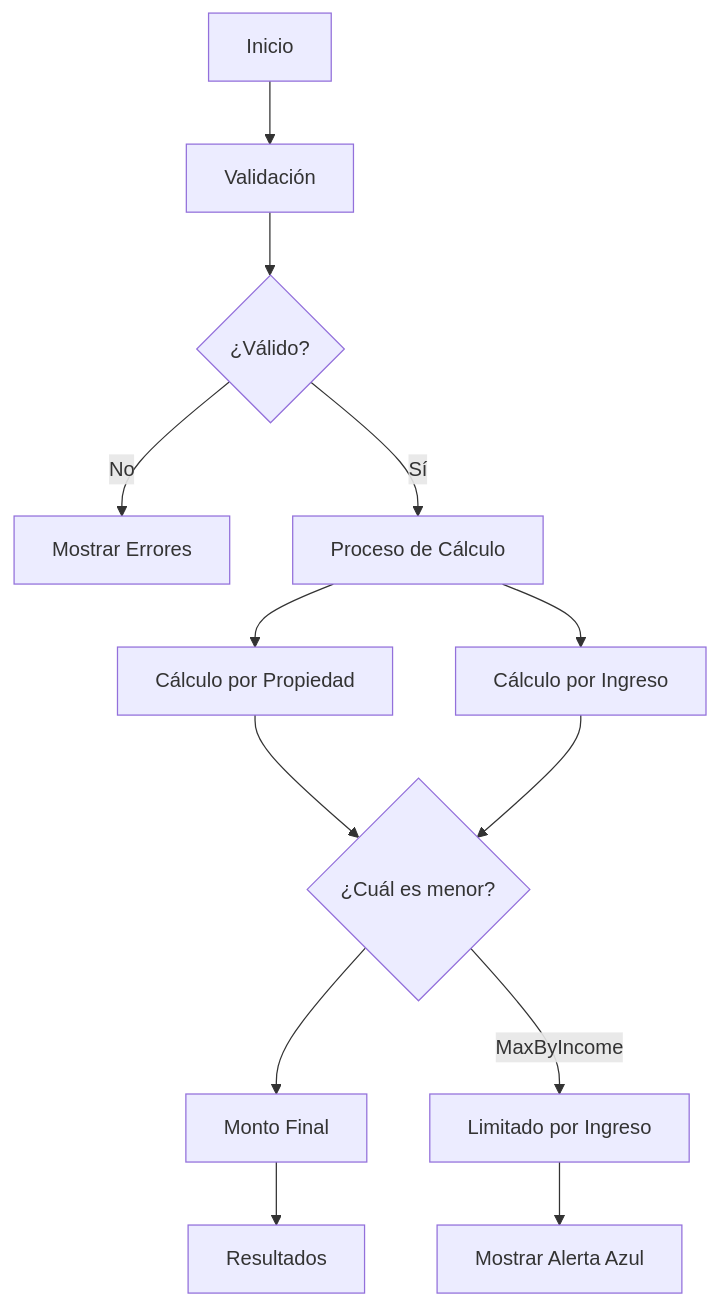
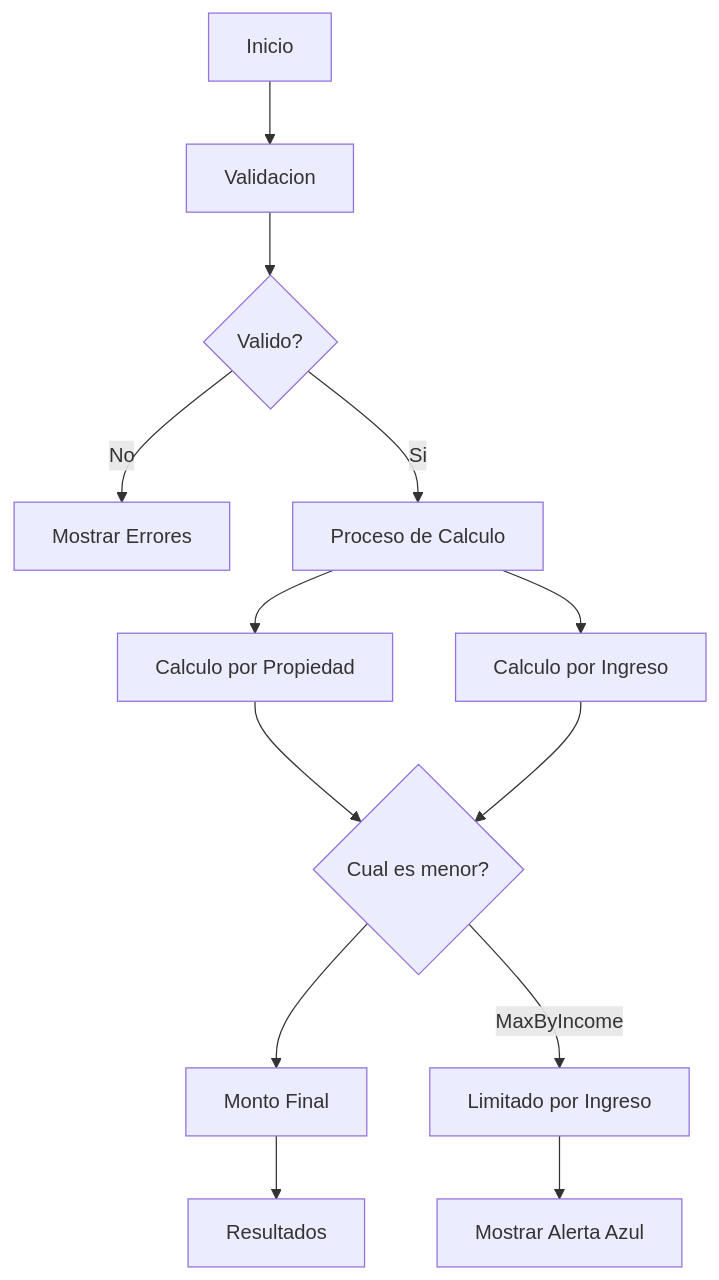
Before and after one commit to santiagoblanco22/calculator_dayana: diagram 13 of 15 in diagrams/validations.md, drawn with Mermaid. The commit also changed other lines of this file and 3 other files, not shown here.

````diff
--- a/diagrams/validations.md
+++ b/diagrams/validations.md
@@ -296,17 +296,17 @@
 ```mermaid
 flowchart TD
-    Start[Inicio] --> Validation[Validación]
-    Validation --> IsValid{¿Válido?}
+    Start[Inicio] --> Validation[Validacion]
+    Validation --> IsValid{Valido?}
     IsValid -->|No| ShowErrors[Mostrar Errores]
-    IsValid -->|Sí| CalcProcess[Proceso de Cálculo]
+    IsValid -->|Si| CalcProcess[Proceso de Calculo]
 
-    CalcProcess --> MaxByProperty[Cálculo por Propiedad]
-    CalcProcess --> MaxByIncome[Cálculo por Ingreso]
-    MaxByProperty --> LowerValue{¿Cuál es menor?}
+    CalcProcess --> MaxByProperty[Calculo por Propiedad]
+    CalcProcess --> MaxByIncome[Calculo por Ingreso]
+    MaxByProperty --> LowerValue{Cual es menor?}
     MaxByIncome --> LowerValue
     LowerValue --> FinalAmount[Monto Final]
     FinalAmount --> Results[Resultados]
 
     LowerValue -->|MaxByIncome| LimitedByIncome[Limitado por Ingreso]
     LimitedByIncome --> ShowWarning[Mostrar Alerta Azul]
 ```
````
